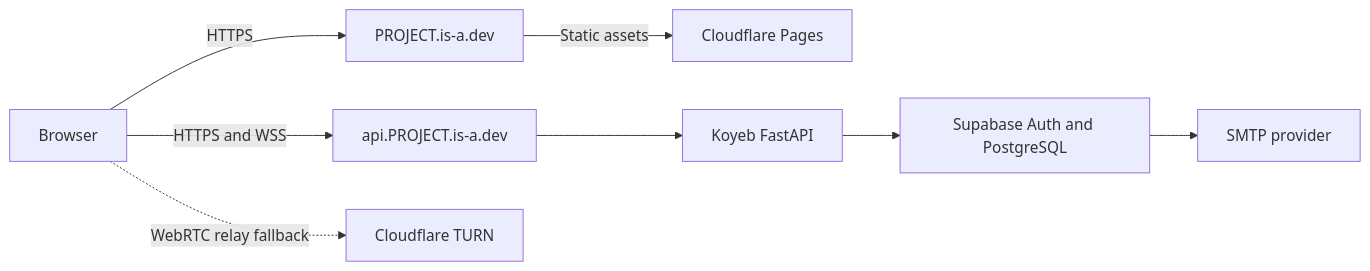
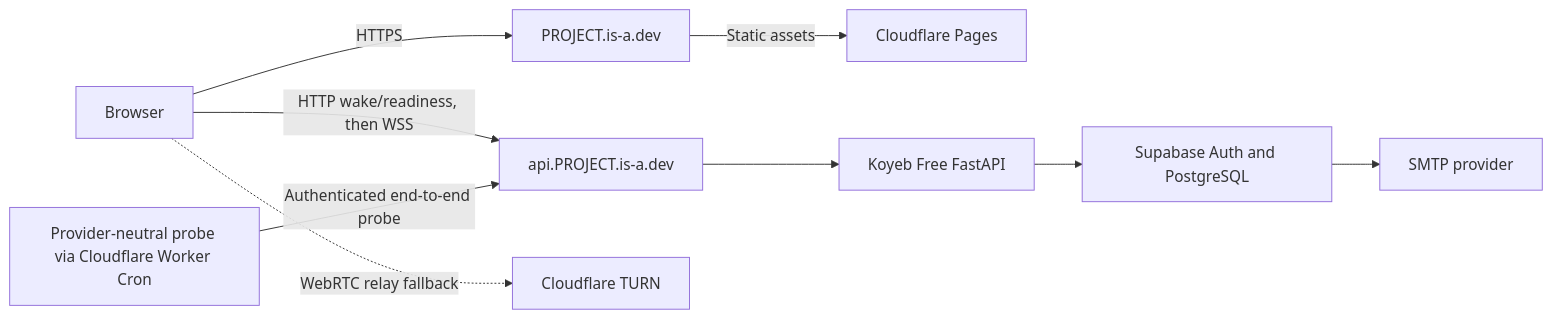
One commit to Vay134/SelfRelay changed the diagram in docs/deployment.md. Above: the diagram before and after it, drawn with Mermaid. The commit also changed other lines of this file and 5 other files, not shown here.

Commit message:
docs(hosting): plan Koyeb Free deployment

````diff
--- a/docs/deployment.md
+++ b/docs/deployment.md
@@ -17,10 +17,11 @@
 ```mermaid
 flowchart LR
     U[Browser] -->|HTTPS| P[PROJECT.is-a.dev]
     P -->|Static assets| CF[Cloudflare Pages]
-    U -->|HTTPS and WSS| A[api.PROJECT.is-a.dev]
-    A --> K[Koyeb FastAPI]
+    U -->|HTTP wake/readiness, then WSS| A[api.PROJECT.is-a.dev]
+    A --> K[Koyeb Free FastAPI]
     K --> S[Supabase Auth and PostgreSQL]
     S --> M[SMTP provider]
     U -.->|WebRTC relay fallback| T[Cloudflare TURN]
+    O[Provider-neutral probe via Cloudflare Worker Cron] -->|Authenticated end-to-end probe| A
 ```
````
